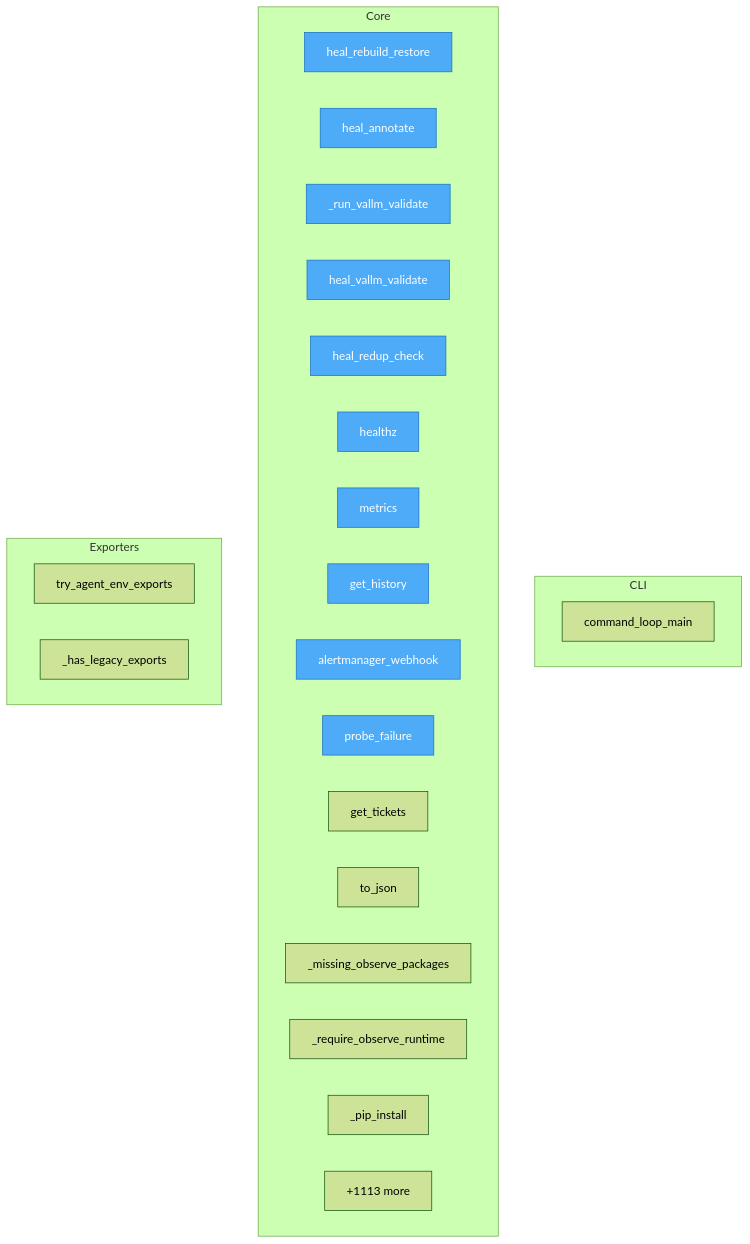
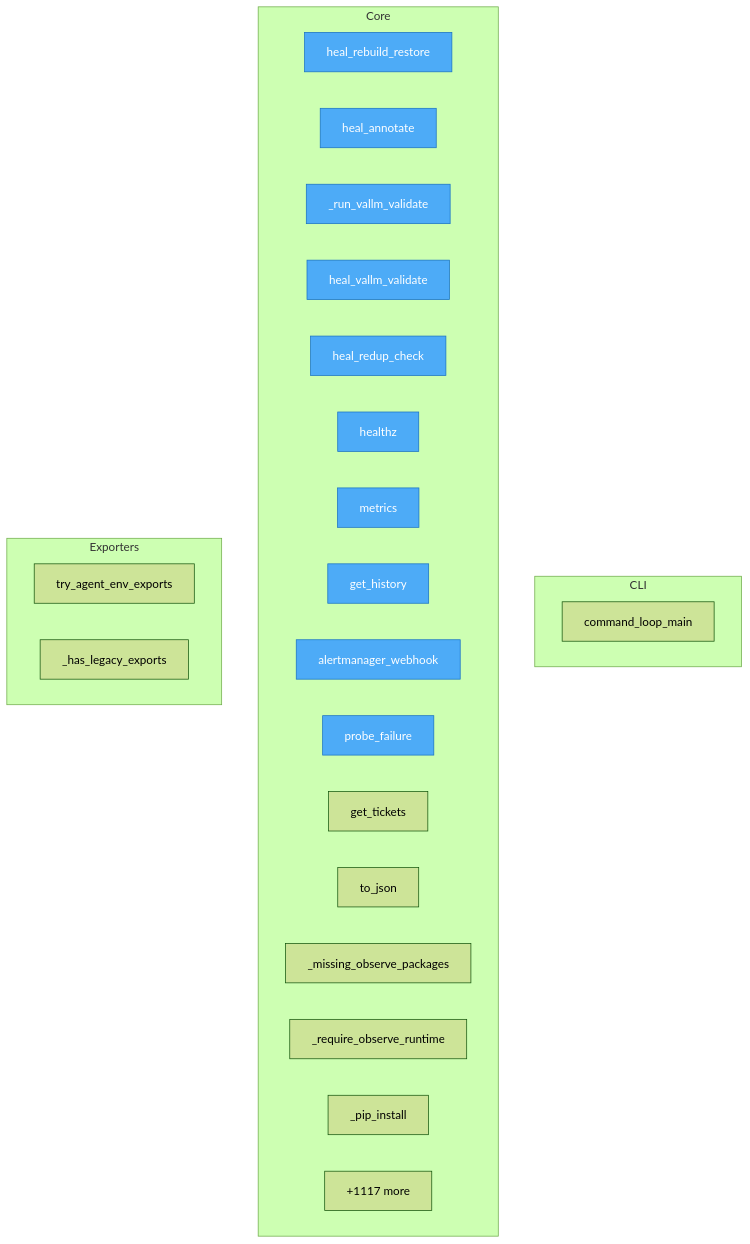
The diagram in project/flow.mmd (semcod/koru), drawn with Mermaid (forest theme) before and after one commit. The commit also changed 33 other files, not shown here.

```diff
--- a/project/flow.mmd
+++ b/project/flow.mmd
@@ -1,35 +1,35 @@
 flowchart TD
 %% generated in 0.09s
 
     %% Entry points (blue)
     classDef entry fill:#4dabf7,stroke:#1971c2,color:#fff
 
     subgraph CLI
         koru__cli_loop__command_loop_main["command_loop_main"]
     end
 
     subgraph Core
         services__healing_webhook__app__heal_rebuild_restore["heal_rebuild_restore"]
         services__healing_webhook__app__heal_annotate["heal_annotate"]
         services__healing_webhook__app___run_vallm_validate["_run_vallm_validate"]
         services__healing_webhook__app__heal_vallm_validate["heal_vallm_validate"]
         services__healing_webhook__app__heal_redup_check["heal_redup_check"]
         services__healing_webhook__app__healthz["healthz"]
         services__healing_webhook__app__metrics["metrics"]
         services__healing_webhook__app__get_history["get_history"]
         services__healing_webhook__app__alertmanager_webhook["alertmanager_webhook"]
         services__healing_webhook__app__probe_failure["probe_failure"]
         services__healing_webhook__app__get_tickets["get_tickets"]
         src__koruobserve__lifecycle__ObserveProcesses__to_json["to_json"]
         src__koruobserve__cli___missing_observe_packages["_missing_observe_packages"]
         src__koruobserve__cli___require_observe_runtime["_require_observe_runtime"]
         src__koruobserve__cli___pip_install["_pip_install"]
-        ...["+1113 more"]
+        ...["+1117 more"]
     end
 
     subgraph Exporters
         src__koru__agent_cli_helpers__try_agent_env_exports["try_agent_env_exports"]
         src__koru__cli___has_legacy_exports["_has_legacy_exports"]
     end
 
     class services__healing_webhook__app__heal_rebuild_restore,services__healing_webhook__app__heal_annotate,services__healing_webhook__app___run_vallm_validate,services__healing_webhook__app__heal_vallm_validate,services__healing_webhook__app__heal_redup_check,services__healing_webhook__app__healthz,services__healing_webhook__app__metrics,services__healing_webhook__app__get_history,services__healing_webhook__app__alertmanager_webhook,services__healing_webhook__app__probe_failure entry
```
